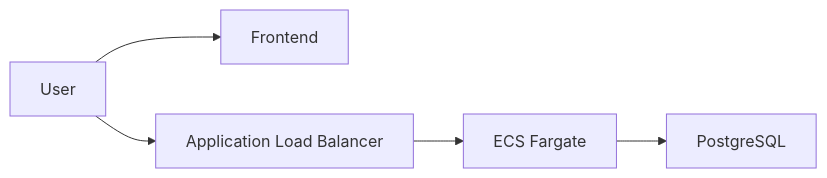
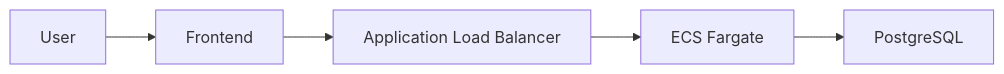
Before and after one commit to RildoDias08/TestandoAws: the diagram in README.md, drawn with Mermaid.

Commit message:
Update flowchart to reflect S3 connection to ALB

````diff
--- a/README.md
+++ b/README.md
@@ -16,8 +16,8 @@
 ```mermaid
 flowchart LR
     User --> S3[Frontend]
-    User --> ALB[Application Load Balancer]
+    S3 --> ALB[Application Load Balancer]
     ALB --> ECS[ECS Fargate]
     ECS --> RDS[PostgreSQL]
 
 ```
````
